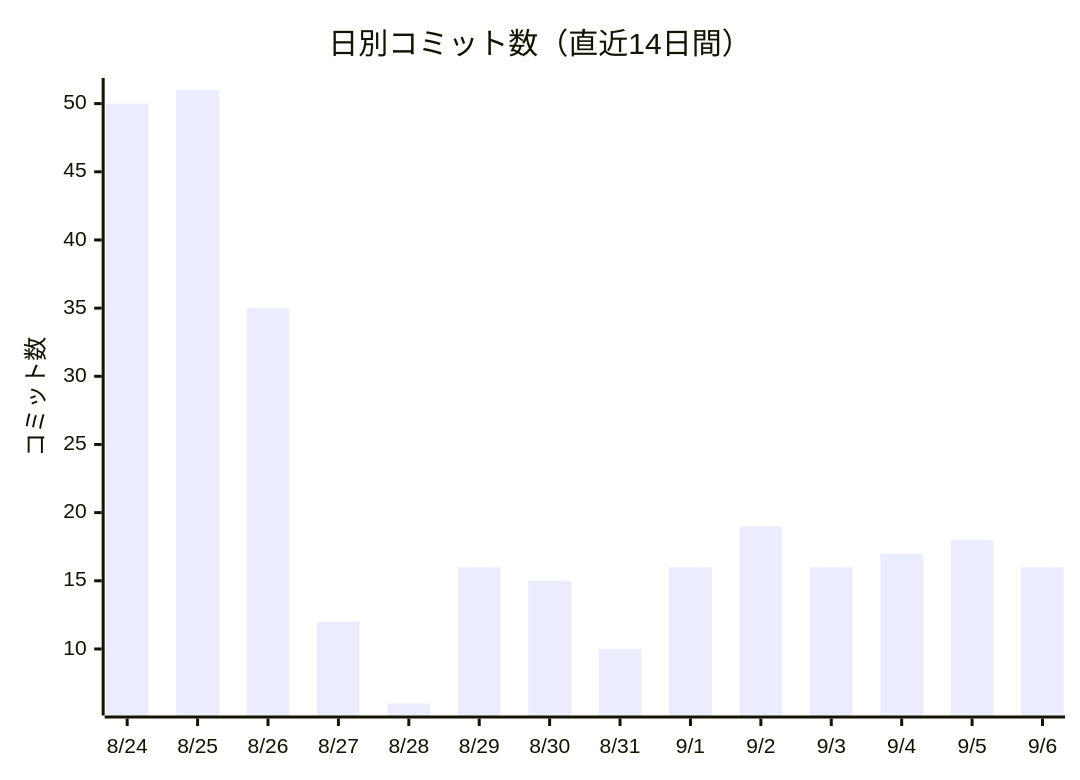
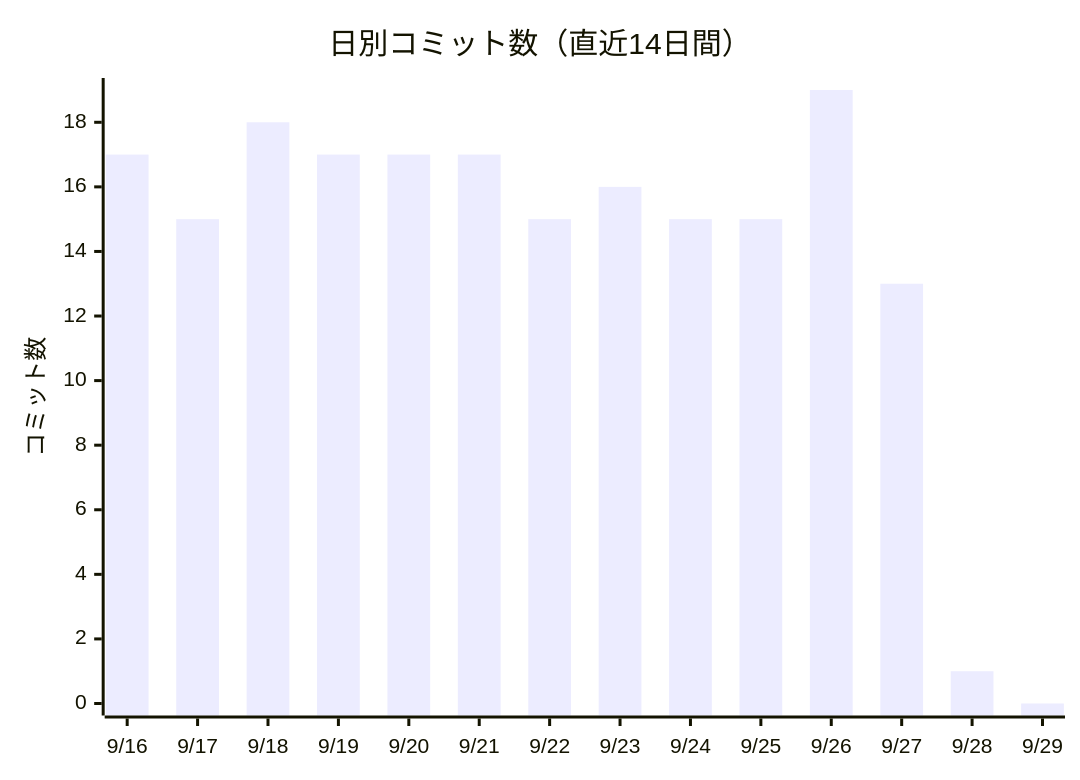
One commit to non-x2/non-x2 changed the first of 2 diagrams in docs/進化レポート.md. Above: the diagram before and after it, drawn with Mermaid. The commit also changed other lines of this file and 11 other files, not shown here.

````diff
--- a/docs/進化レポート.md
+++ b/docs/進化レポート.md
@@ -23,7 +23,7 @@
 ```mermaid
 xychart-beta
     title "日別コミット数（直近14日間）"
-    x-axis ["8/24", "8/25", "8/26", "8/27", "8/28", "8/29", "8/30", "8/31", "9/1", "9/2", "9/3", "9/4", "9/5", "9/6"]
+    x-axis ["9/16", "9/17", "9/18", "9/19", "9/20", "9/21", "9/22", "9/23", "9/24", "9/25", "9/26", "9/27", "9/28", "9/29"]
     y-axis "コミット数"
-    bar [50, 51, 35, 12, 6, 16, 15, 10, 16, 19, 16, 17, 18, 16]
+    bar [17, 15, 18, 17, 17, 17, 15, 16, 15, 15, 19, 13, 1, 0]
 ```
````
